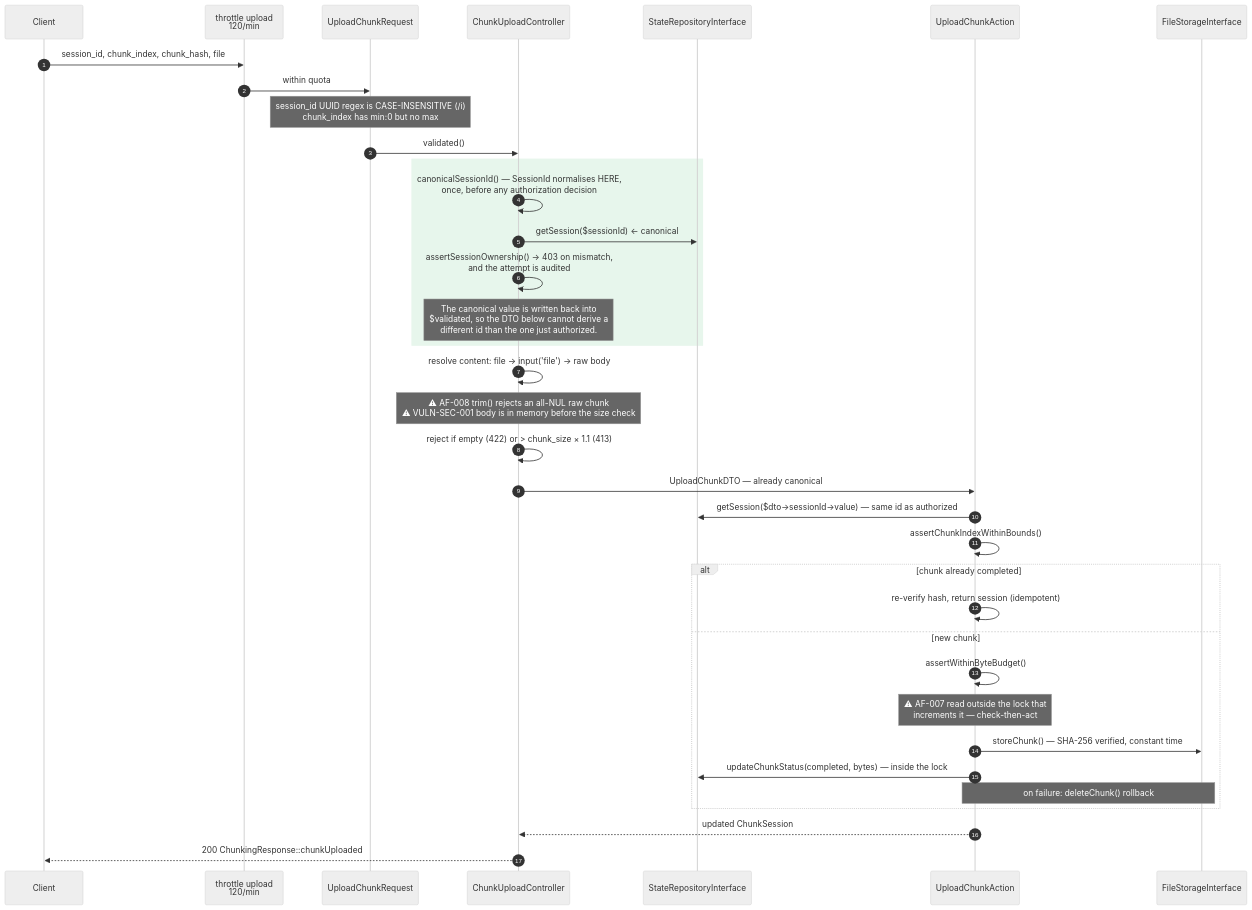
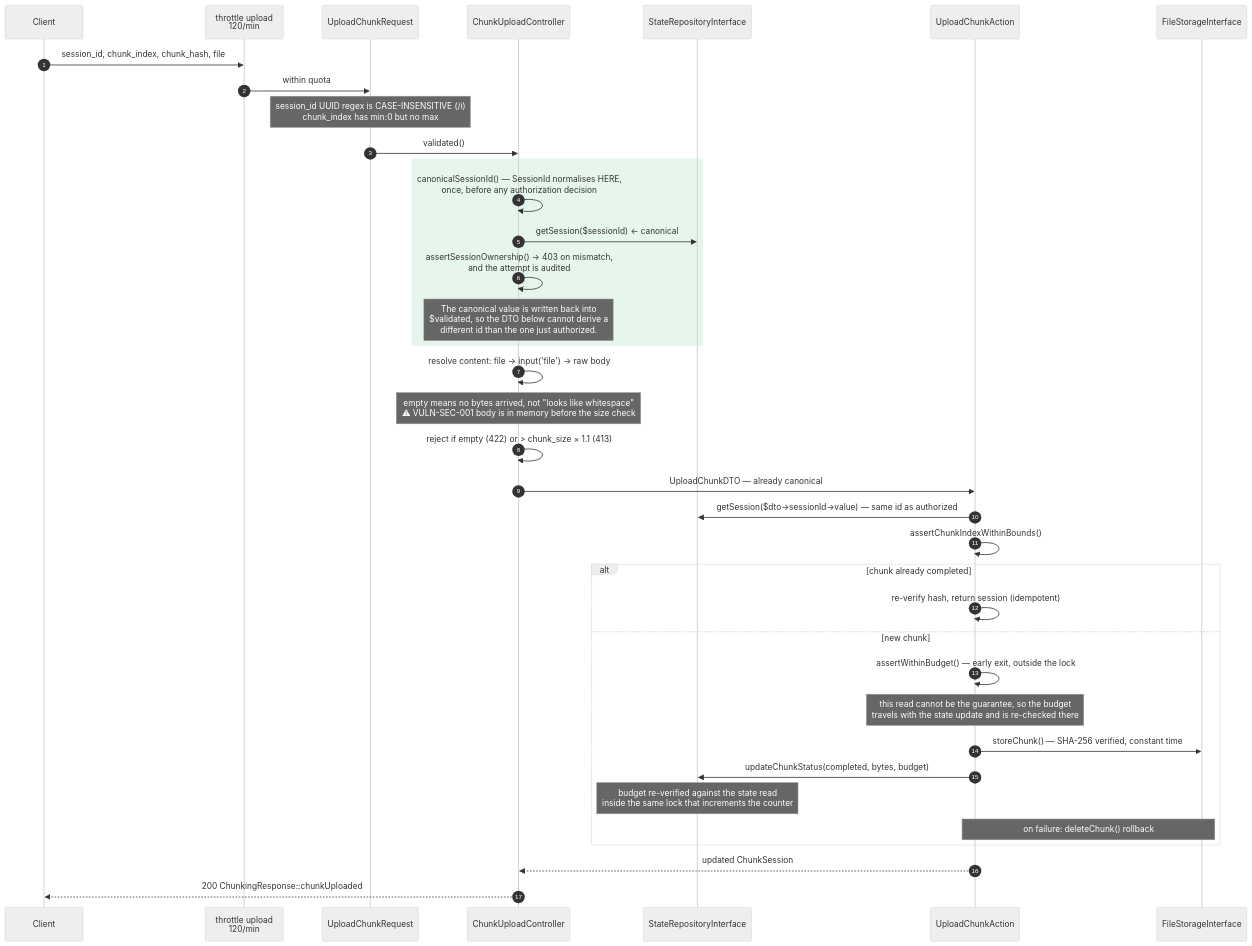
Before and after one commit to JuanGuerreroDev/stateful-chunking-package: the second of 6 diagrams in docs/architecture/request-lifecycle.md, drawn with Mermaid (neutral theme). The commit also changed other lines of this file and 9 other files, not shown here.

````diff
--- a/docs/architecture/request-lifecycle.md
+++ b/docs/architecture/request-lifecycle.md
@@ -77,43 +78,44 @@
 ```mermaid
 sequenceDiagram
     autonumber
     participant CL as Client
     participant RL as throttle upload<br/>120/min
     participant FR as UploadChunkRequest
     participant CT as ChunkUploadController
     participant RP as StateRepositoryInterface
     participant AC as UploadChunkAction
     participant ST as FileStorageInterface
 
     CL->>RL: session_id, chunk_index, chunk_hash, file
     RL->>FR: within quota
     Note over FR: session_id UUID regex is CASE-INSENSITIVE (/i)<br/>chunk_index has min:0 but no max
     FR->>CT: validated()
 
     rect rgb(231, 246, 236)
         CT->>CT: canonicalSessionId() — SessionId normalises HERE,<br/>once, before any authorization decision
         CT->>RP: getSession($sessionId) ← canonical
         CT->>CT: assertSessionOwnership() → 403 on mismatch,<br/>and the attempt is audited
         Note over CT: The canonical value is written back into<br/>$validated, so the DTO below cannot derive a<br/>different id than the one just authorized.
     end
 
     CT->>CT: resolve content: file → input('file') → raw body
-    Note over CT: ⚠ AF-008 trim() rejects an all-NUL raw chunk<br/>⚠ VULN-SEC-001 body is in memory before the size check
+    Note over CT: empty means no bytes arrived, not "looks like whitespace"<br/>⚠ VULN-SEC-001 body is in memory before the size check
     CT->>CT: reject if empty (422) or > chunk_size × 1.1 (413)
 
     CT->>AC: UploadChunkDTO — already canonical
     AC->>RP: getSession($dto->sessionId->value) — same id as authorized
 
     AC->>AC: assertChunkIndexWithinBounds()
     alt chunk already completed
         AC->>AC: re-verify hash, return session (idempotent)
     else new chunk
-        AC->>AC: assertWithinByteBudget()
-        Note over AC: ⚠ AF-007 read outside the lock that<br/>increments it — check-then-act
+        AC->>AC: assertWithinBudget() — early exit, outside the lock
+        Note over AC: this read cannot be the guarantee, so the budget<br/>travels with the state update and is re-checked there
         AC->>ST: storeChunk() — SHA-256 verified, constant time
-        AC->>RP: updateChunkStatus(completed, bytes) — inside the lock
+        AC->>RP: updateChunkStatus(completed, bytes, budget)
+        Note over RP: budget re-verified against the state read<br/>inside the same lock that increments the counter
         Note over AC,ST: on failure: deleteChunk() rollback
     end
     AC-->>CT: updated ChunkSession
     CT-->>CL: 200 ChunkingResponse::chunkUploaded
 ```
````
